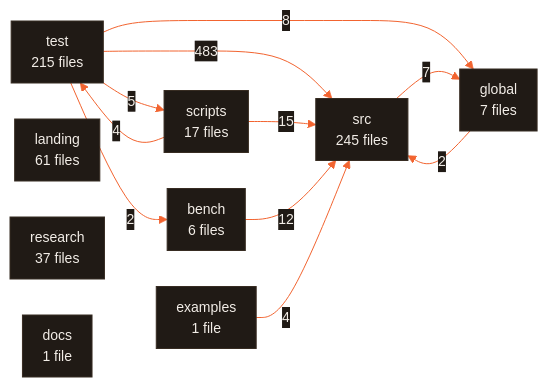
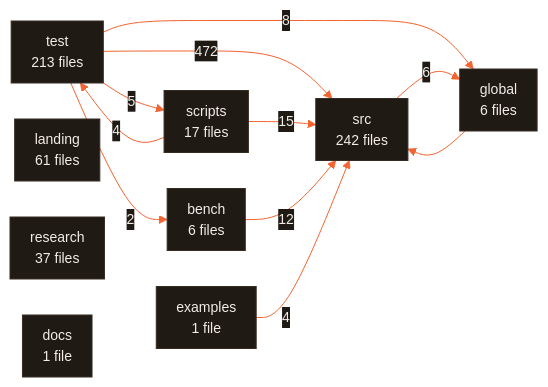
One commit to CodeWithJuber/forgekit changed the diagram in ARCHITECTURE.md. Above: the diagram before and after it, drawn with Mermaid. The commit also changed 49 other files, not shown here.

````diff
--- a/ARCHITECTURE.md
+++ b/ARCHITECTURE.md
@@ -677,23 +677,23 @@
 ```mermaid
 %%{init: {'theme':'base','themeVariables':{'primaryColor':'#201a15','primaryTextColor':'#f2ede7','primaryBorderColor':'#372c22','lineColor':'#f26430','secondaryColor':'#272019','tertiaryColor':'#171310','edgeLabelBackground':'#201a15','clusterBkg':'#171310','clusterBorder':'#4a3b2e','fontFamily':'ui-sans-serif, system-ui, sans-serif','fontSize':'14px'},'flowchart':{'curve':'basis','padding':10,'nodeSpacing':36,'rankSpacing':44}}}%%
 flowchart LR
-  src["src<br/>245 files"]
-  test["test<br/>215 files"]
+  src["src<br/>242 files"]
+  test["test<br/>213 files"]
   landing["landing<br/>61 files"]
   research["research<br/>37 files"]
   scripts["scripts<br/>17 files"]
-  global["global<br/>7 files"]
   bench["bench<br/>6 files"]
+  global["global<br/>6 files"]
   docs["docs<br/>1 file"]
   examples["examples<br/>1 file"]
-  test -- 483 --> src
+  test -- 472 --> src
   scripts -- 15 --> src
   bench -- 12 --> src
   test -- 8 --> global
-  src -- 7 --> global
+  src -- 6 --> global
   test -- 5 --> scripts
   examples -- 4 --> src
   scripts -- 4 --> test
-  global -- 2 --> src
   test -- 2 --> bench
+  global --> src
 ```
````
